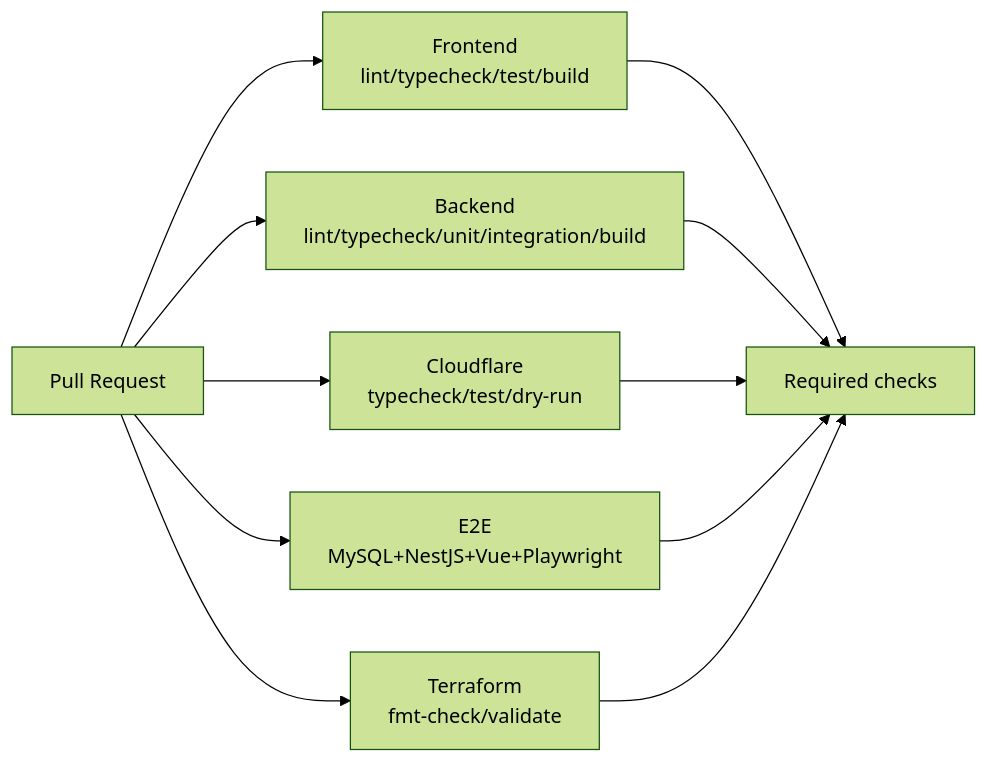
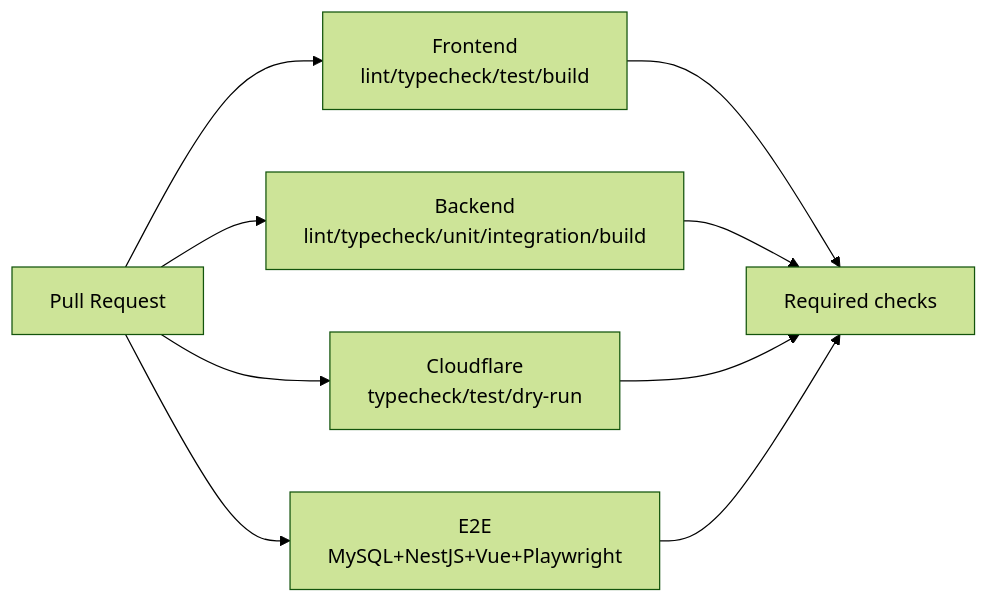
Before and after one commit to Hiroyuki-12/FieldFlow: the first of 3 diagrams in docs/design/ci-cd.md, drawn with Mermaid (forest theme). The commit also changed other lines of this file and 14 other files, not shown here.

````diff
--- a/docs/design/ci-cd.md
+++ b/docs/design/ci-cd.md
@@ -12,13 +12,11 @@
 ```mermaid
 flowchart LR
     PR[Pull Request] --> F["Frontend<br/>lint/typecheck/test/build"]
     PR --> B["Backend<br/>lint/typecheck/unit/integration/build"]
     PR --> C["Cloudflare<br/>typecheck/test/dry-run"]
     PR --> E["E2E<br/>MySQL+NestJS+Vue+Playwright"]
-    PR --> T["Terraform<br/>fmt-check/validate"]
     F --> G[Required checks]
     B --> G
     C --> G
     E --> G
-    T --> G
 ```
````
